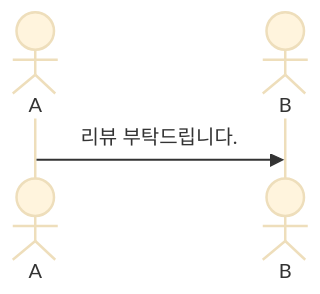
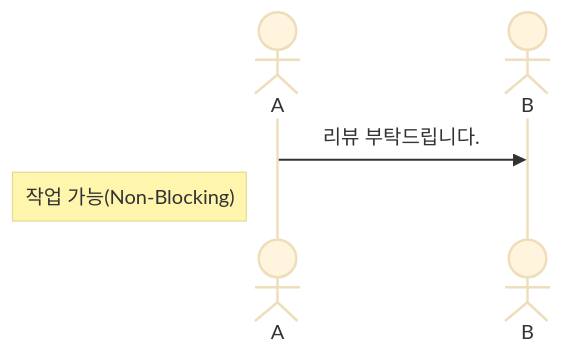
One commit to songkg7/haril-vault changed the first of 3 diagrams in Resource/Sync Async and Blocking Non-blocking.md. Above: the diagram before and after it, drawn with Mermaid (base theme). The commit also changed other lines of this file and 4 other files, not shown here.

````diff
--- a/Resource/Sync Async and Blocking Non-blocking.md
+++ b/Resource/Sync Async and Blocking Non-blocking.md
@@ -44,6 +44,7 @@
 ```mermaid
 sequenceDiagram
     actor A
     actor B
     A ->> B: 리뷰 부탁드립니다.
+    Note left of A: 작업 가능(Non-Blocking)
 ```
````
